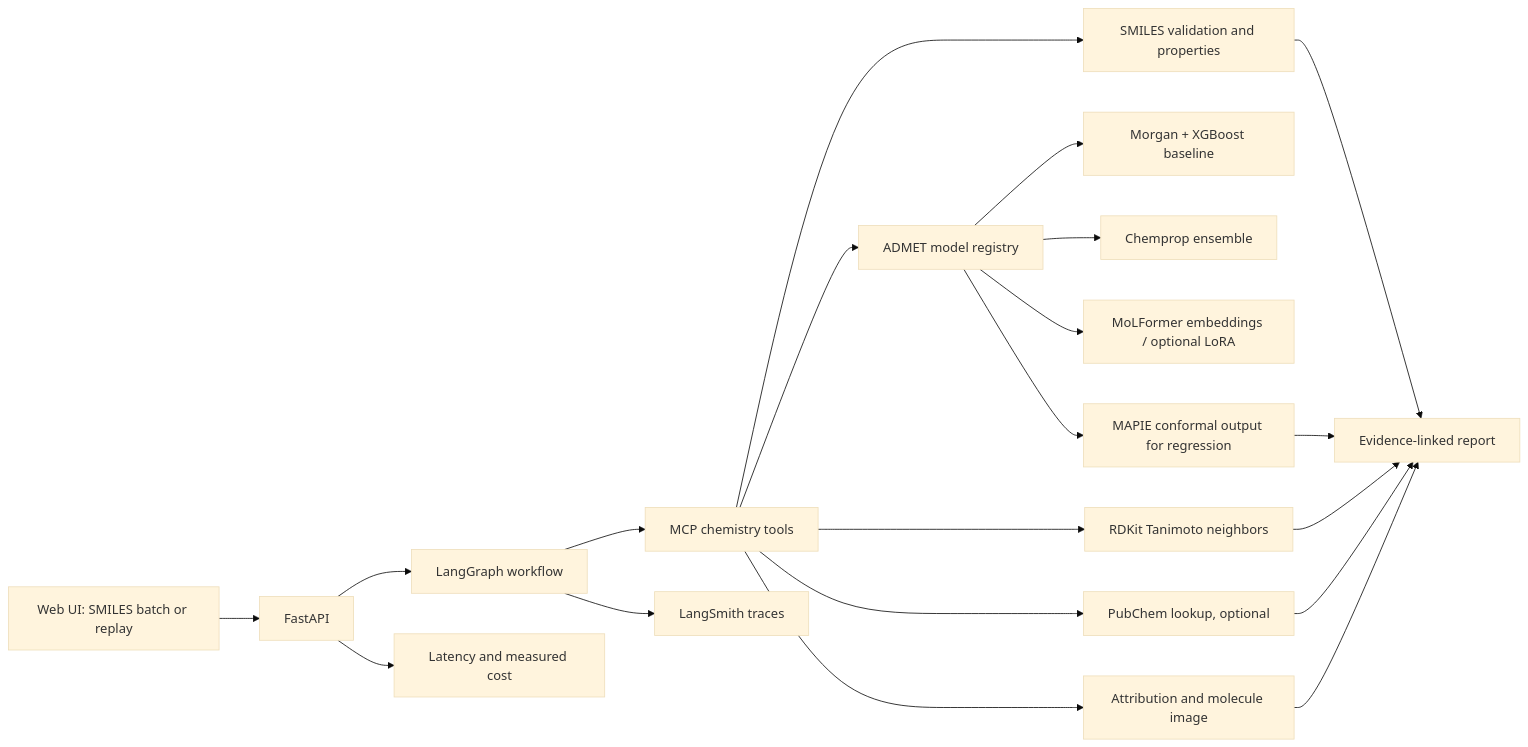
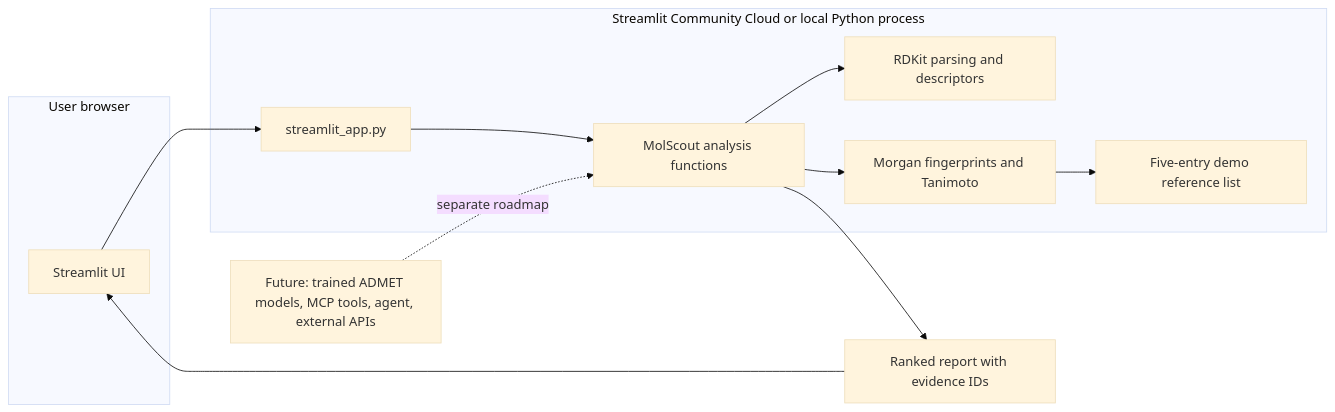
Before and after one commit to rohith-jpg/molscout: the second of 2 diagrams in README.md, drawn with Mermaid (base theme). The commit also changed other lines of this file and 8 other files, not shown here.

Commit message:
Add Streamlit demo and measured project README

````diff
--- a/README.md
+++ b/README.md
@@ -28,22 +52,21 @@
 ```mermaid
 flowchart LR
-    UI[Web UI: SMILES batch or replay] --> API[FastAPI]
-    API --> G[LangGraph workflow]
-    G --> MCP[MCP chemistry tools]
-    MCP --> V[SMILES validation and properties]
-    MCP --> M[ADMET model registry]
-    M --> XGB[Morgan + XGBoost baseline]
-    M --> CP[Chemprop ensemble]
-    M --> MF[MoLFormer embeddings / optional LoRA]
-    MCP --> SIM[RDKit Tanimoto neighbors]
-    MCP --> PC[PubChem lookup, optional]
-    M --> CAL[MAPIE conformal output for regression]
-    MCP --> EX[Attribution and molecule image]
-    V --> R[Evidence-linked report]
-    SIM --> R
-    PC --> R
-    CAL --> R
-    EX --> R
-    G --> LS[LangSmith traces]
-    API --> LOG[Latency and measured cost]
+    subgraph Browser[User browser]
+        UI[Streamlit UI]
+    end
+    subgraph Runtime[Streamlit Community Cloud or local Python process]
+        APP[streamlit_app.py]
+        CORE[MolScout analysis functions]
+        RD[RDKit parsing and descriptors]
+        FP[Morgan fingerprints and Tanimoto]
+        REF[Five-entry demo reference list]
+    end
+    UI --> APP
+    APP --> CORE
+    CORE --> RD
+    CORE --> FP
+    FP --> REF
+    CORE --> OUT[Ranked report with evidence IDs]
+    OUT --> UI
+    FUT[Future: trained ADMET models, MCP tools, agent, external APIs] -. separate roadmap .-> CORE
 ```
````
